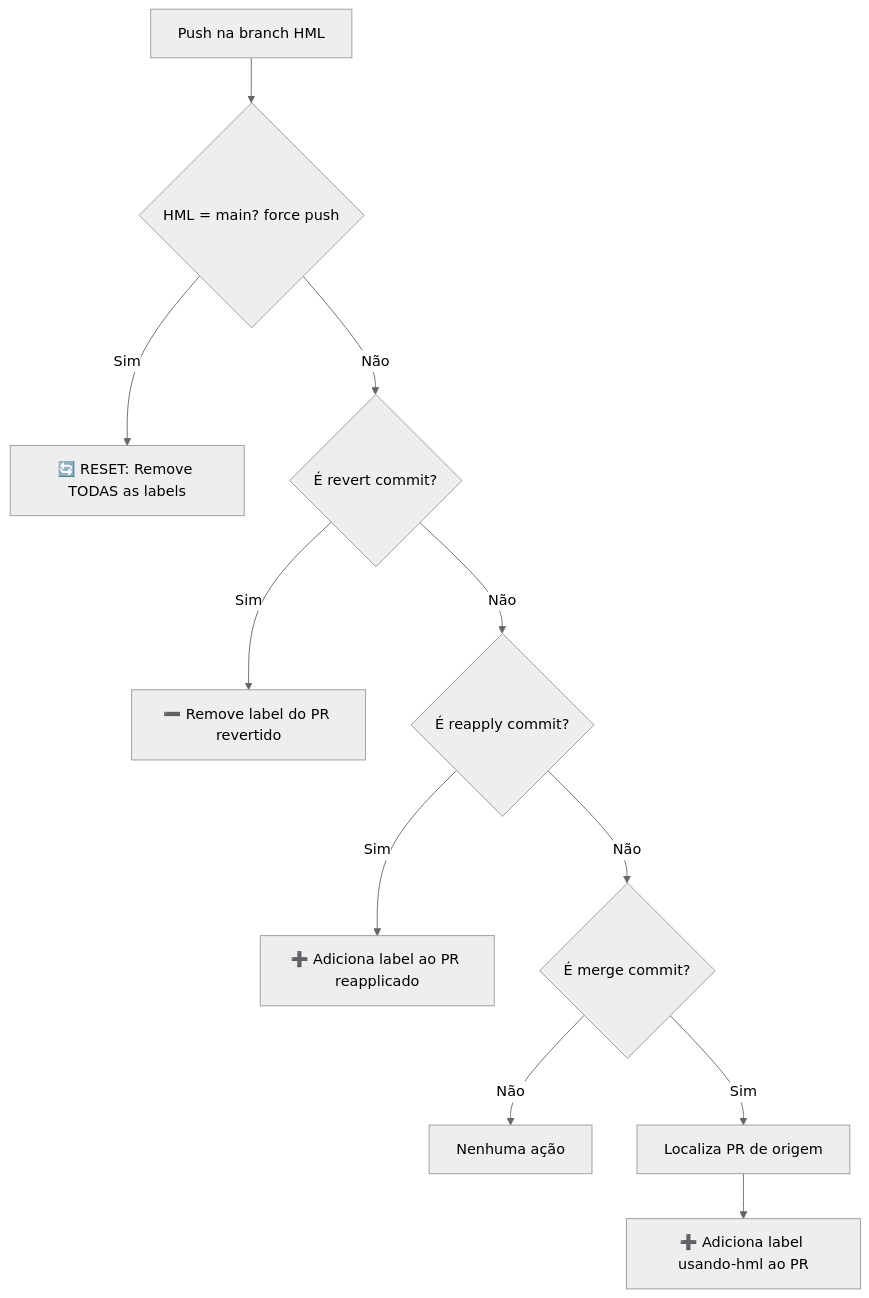
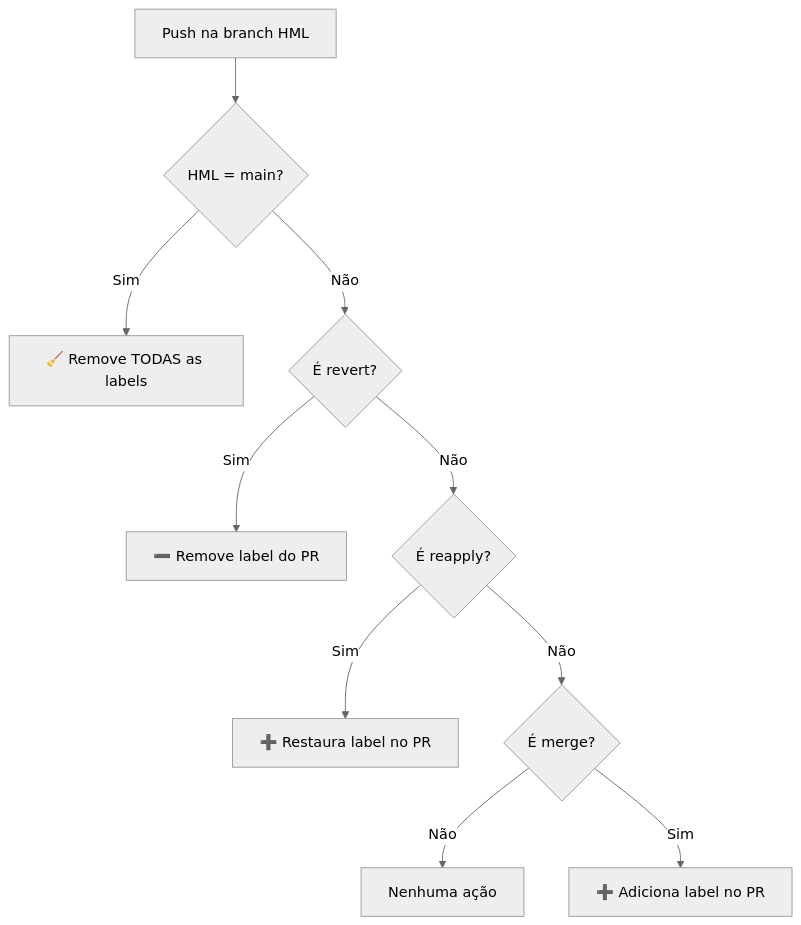
The diagram in README.md (fernnandez-timeprimo/test-label-hml), drawn with Mermaid (neutral theme) before and after one commit. The commit also changed other lines of this file, not shown here.

````diff
--- a/README.md
+++ b/README.md
@@ -22,13 +18,12 @@
 ```mermaid
 flowchart TD
-    A[Push na branch HML] --> B{HML = main? force push}
-    B -->|Sim| C[🔄 RESET: Remove TODAS as labels]
-    B -->|Não| D{É revert commit?}
-    D -->|Sim| E[➖ Remove label do PR revertido]
-    D -->|Não| F{É reapply commit?}
-    F -->|Sim| G[➕ Adiciona label ao PR reapplicado]
-    F -->|Não| H{É merge commit?}
+    A[Push na branch HML] --> B{HML = main?}
+    B -->|Sim| C[🧹 Remove TODAS as labels]
+    B -->|Não| D{É revert?}
+    D -->|Sim| E[➖ Remove label do PR]
+    D -->|Não| F{É reapply?}
+    F -->|Sim| G[➕ Restaura label no PR]
+    F -->|Não| H{É merge?}
     H -->|Não| I[Nenhuma ação]
-    H -->|Sim| J[Localiza PR de origem]
-    J --> K[➕ Adiciona label usando-hml ao PR]
+    H -->|Sim| J[➕ Adiciona label no PR]
 ```
````
